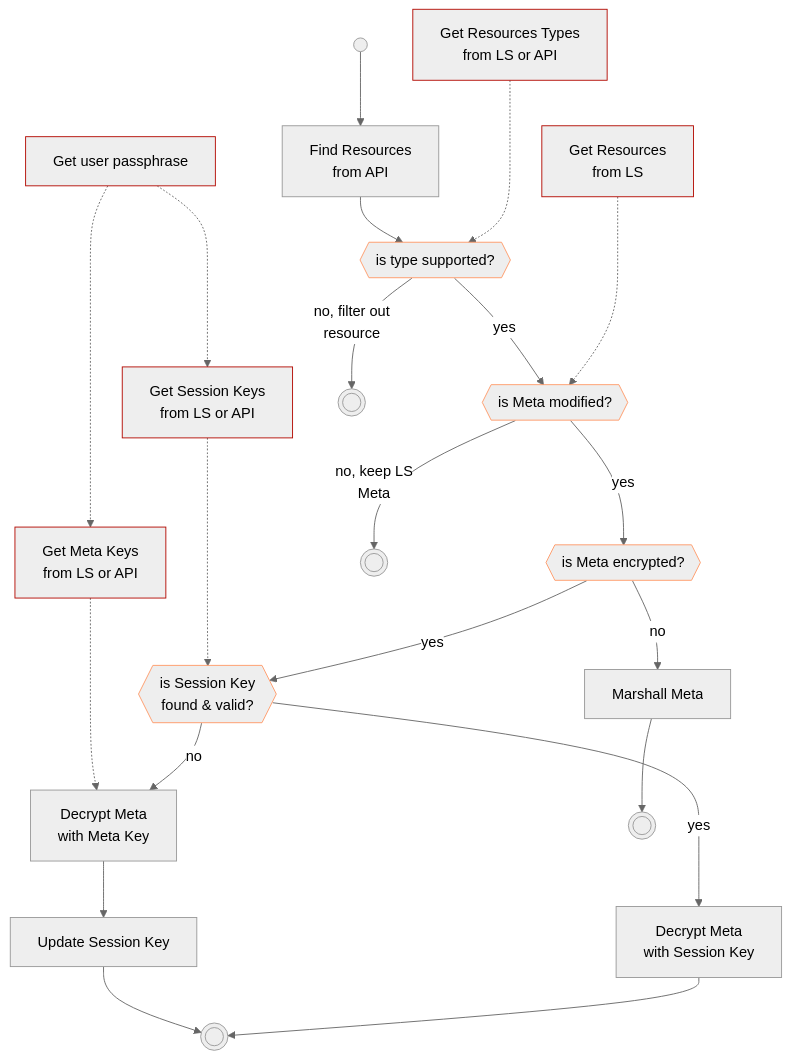
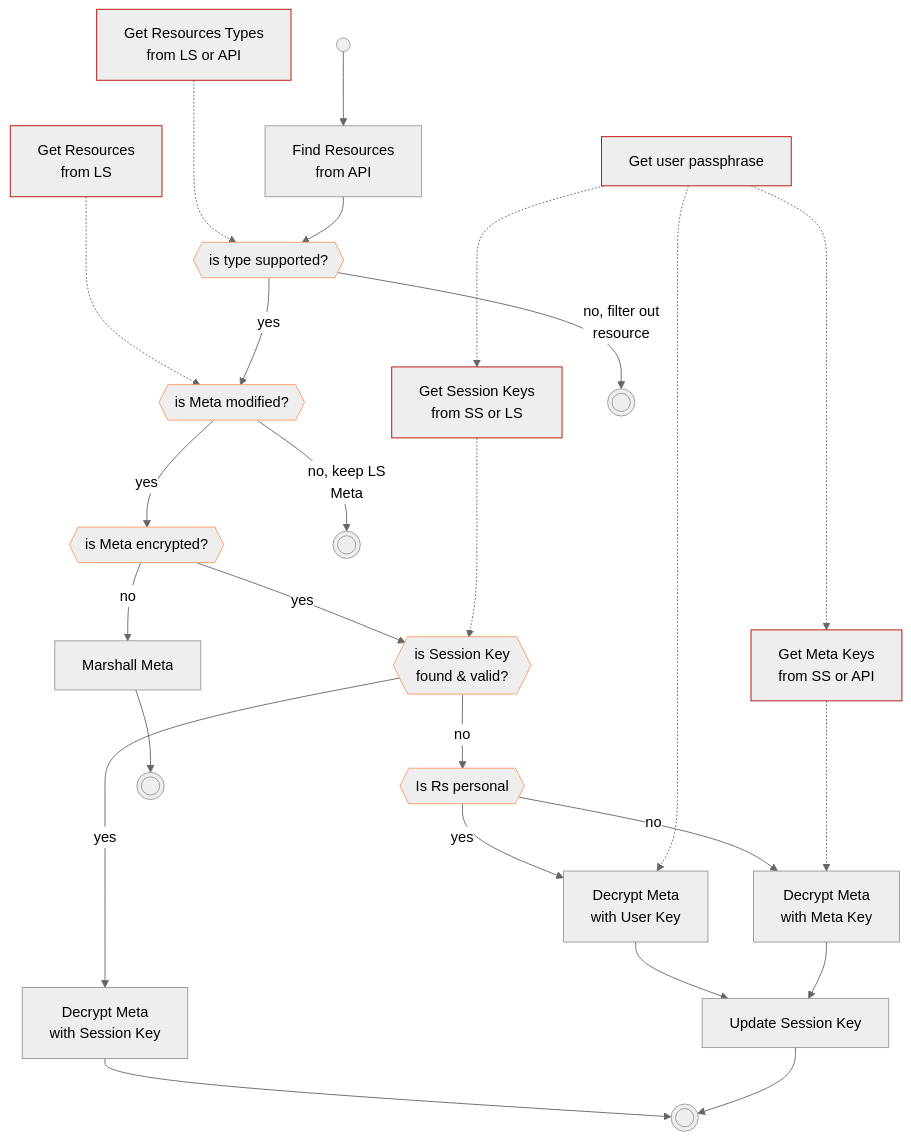
Before and after one commit to passbolt/passbolt_browser_extension: the diagram in doc/resources-find-and-decrypt-metadata-flow.md, drawn with Mermaid. The commit also changed 2 other files, not shown here.

Commit message:
PB-35359 - Technical specifications: WP3 support v5 resource types with v4 UI

````diff
--- a/doc/resources-find-and-decrypt-metadata-flow.md
+++ b/doc/resources-find-and-decrypt-metadata-flow.md
@@ -1,43 +1,49 @@
 ```mermaid
 %%{init: {'theme':'neutral'}}%%
 graph TB
 classDef condition stroke:#f96
 classDef requirement stroke:#b30900
 START(( ))
 API_RS[Find Resources<br>from API]
 LS_API_RST[Get Resources Types<br>from LS or API]:::requirement
 IS_RST_SUP{{is type supported?}}:::condition
 LS_RS[Get Resources<br>from LS]:::requirement
 V4_MARSH[Marshall Meta]
-LS_API_SESS_KEYS[Get Session Keys<br>from LS or API]:::requirement
+SS_LS_SESS_KEYS[Get Session Keys<br>from SS or LS]:::requirement
 V4_MARSH[Marshall Meta]
 DEC_META_SESS_KEY[Decrypt Meta <br>with Session Key]
-LS_API_META_KEY[Get Meta Keys<br>from LS or API]:::requirement
+DEC_META_USER_KEY[Decrypt Meta <br>with User Key]
+SS_API_META_KEY[Get Meta Keys<br>from SS or API]:::requirement
 DEC_META_META_KEY[Decrypt Meta <br>with Meta Key]
 GET_PASSPHRASE[Get user passphrase]:::requirement
 UPDATE_SESS_KEY[Update Session Key]
 EHD_META_DECRYPTED((( )))
 IS_META_UPDATED{{is Meta modified?}}:::condition
 IS_META_ENCRYPTED{{is Meta encrypted?}}:::condition
 IS_SESS_KEY_FOUND{{is Session Key<br>found & valid?}}:::condition
+IS_RS_PERSO{{Is Rs personal}}:::condition
 START --> API_RS
 LS_API_RST -..-> IS_RST_SUP
 API_RS --> IS_RST_SUP
 IS_RST_SUP --> |no, filter out<br>resource|END_FILTER_OUT((( )))
 LS_RS -..-> IS_META_UPDATED
 IS_RST_SUP --> |yes|IS_META_UPDATED
 IS_META_UPDATED --> |no, keep LS<br>Meta|END_META_NOT_UPDATED((( )))
 IS_META_UPDATED --> |yes|IS_META_ENCRYPTED
 IS_META_ENCRYPTED --> |no|V4_MARSH
 V4_MARSH --> END_V4_MARSH((( )))
 IS_META_ENCRYPTED --> |yes|IS_SESS_KEY_FOUND
-GET_PASSPHRASE -..-> LS_API_SESS_KEYS
-LS_API_SESS_KEYS -..-> IS_SESS_KEY_FOUND
+GET_PASSPHRASE -..-> SS_LS_SESS_KEYS
+SS_LS_SESS_KEYS -..-> IS_SESS_KEY_FOUND
 IS_SESS_KEY_FOUND --> |yes|DEC_META_SESS_KEY
 DEC_META_SESS_KEY --> EHD_META_DECRYPTED
-IS_SESS_KEY_FOUND --> |no|DEC_META_META_KEY
-GET_PASSPHRASE -..-> LS_API_META_KEY
-LS_API_META_KEY -..-> DEC_META_META_KEY
+IS_SESS_KEY_FOUND --> |no|IS_RS_PERSO
+IS_RS_PERSO --> |yes|DEC_META_USER_KEY
+IS_RS_PERSO --> |no|DEC_META_META_KEY
+GET_PASSPHRASE -..-> DEC_META_USER_KEY
+DEC_META_USER_KEY --> UPDATE_SESS_KEY
+GET_PASSPHRASE -..-> SS_API_META_KEY
+SS_API_META_KEY -..-> DEC_META_META_KEY
 DEC_META_META_KEY --> UPDATE_SESS_KEY
 UPDATE_SESS_KEY --> EHD_META_DECRYPTED
 ```
````
